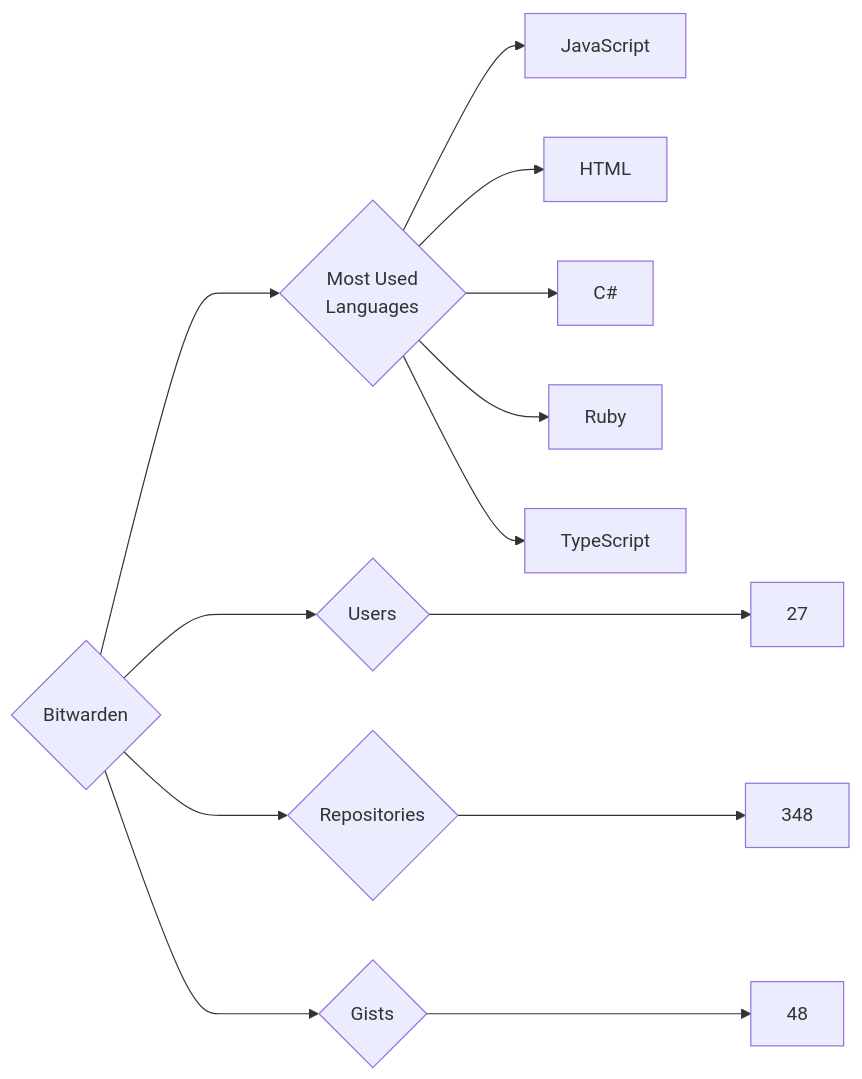
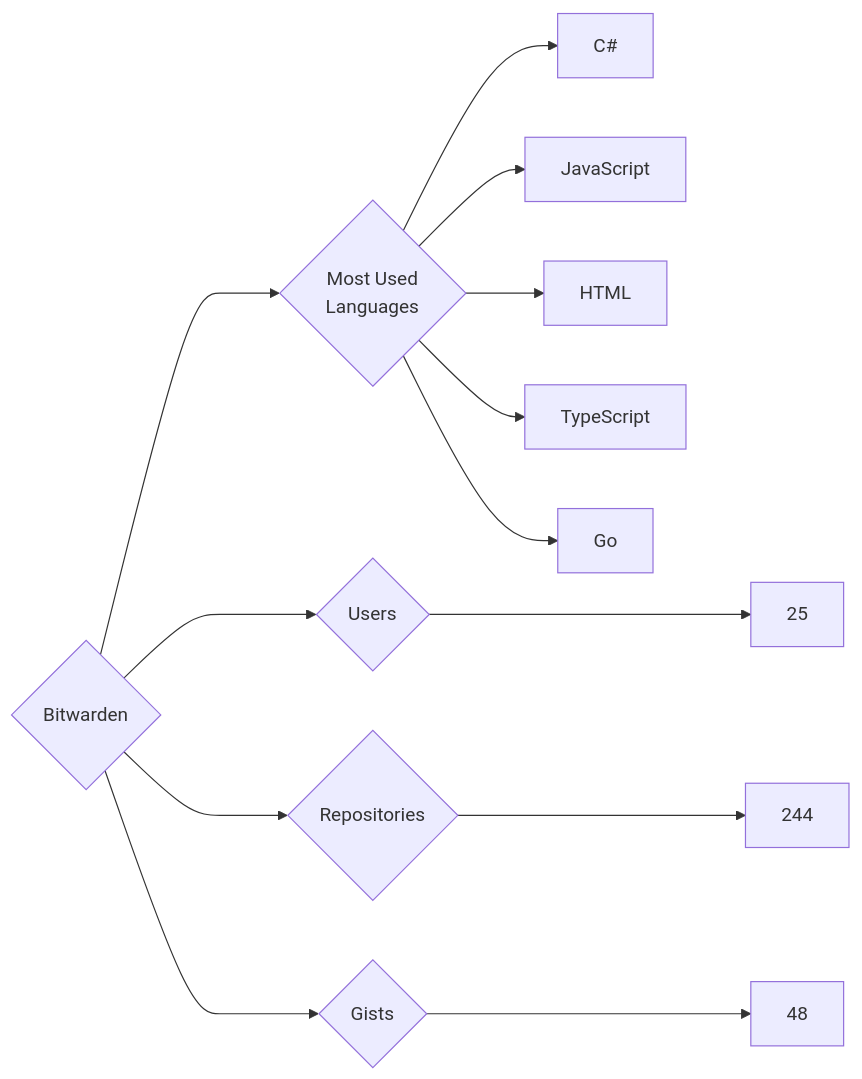
One commit to trickest/insiders changed the diagram in targets/Bitwarden/README.md. Above: the diagram before and after it, drawn with Mermaid. The commit also changed 614 other files, not shown here.

````diff
--- a/targets/Bitwarden/README.md
+++ b/targets/Bitwarden/README.md
@@ -3,13 +3,13 @@
 ```mermaid
 graph LR
 COMPANY_NAME{Bitwarden}
-COMPANY_NAME ---> U{Users} ---> UN[27]
-COMPANY_NAME ---> R{Repositories} ---> RN[348]
+COMPANY_NAME ---> U{Users} ---> UN[25]
+COMPANY_NAME ---> R{Repositories} ---> RN[244]
 COMPANY_NAME ---> G{Gists} ---> GN[48]
 COMPANY_NAME ---> ML{Most Used<br>Languages}
+ML --> C#[C#]
 ML --> JavaScript[JavaScript]
 ML --> HTML[HTML]
-ML --> C#[C#]
-ML --> Ruby[Ruby]
 ML --> TypeScript[TypeScript]
+ML --> Go[Go]
 ```
````
